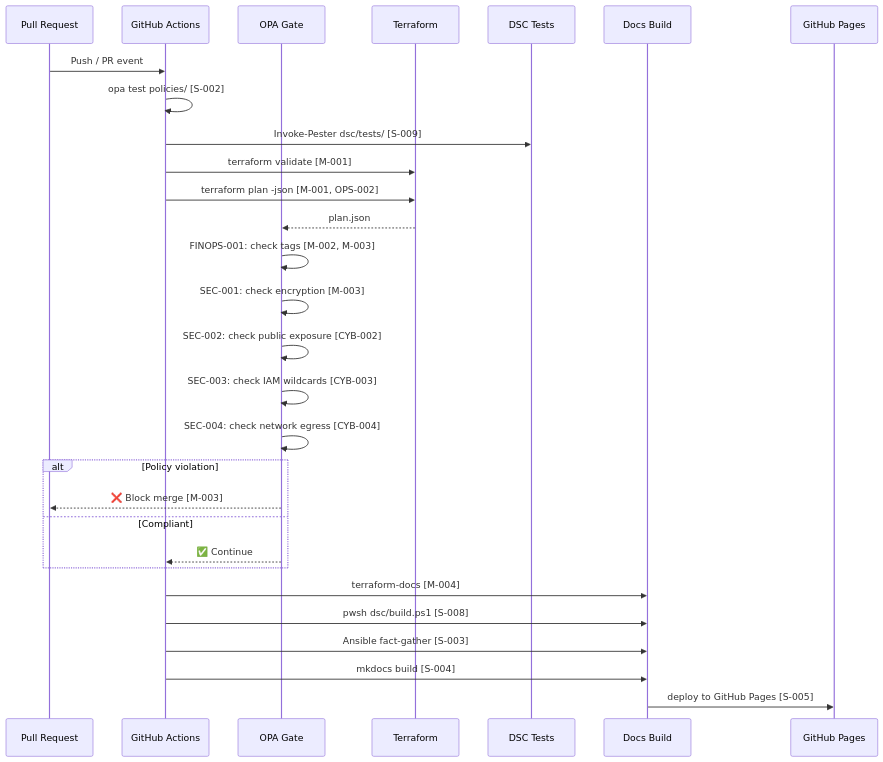
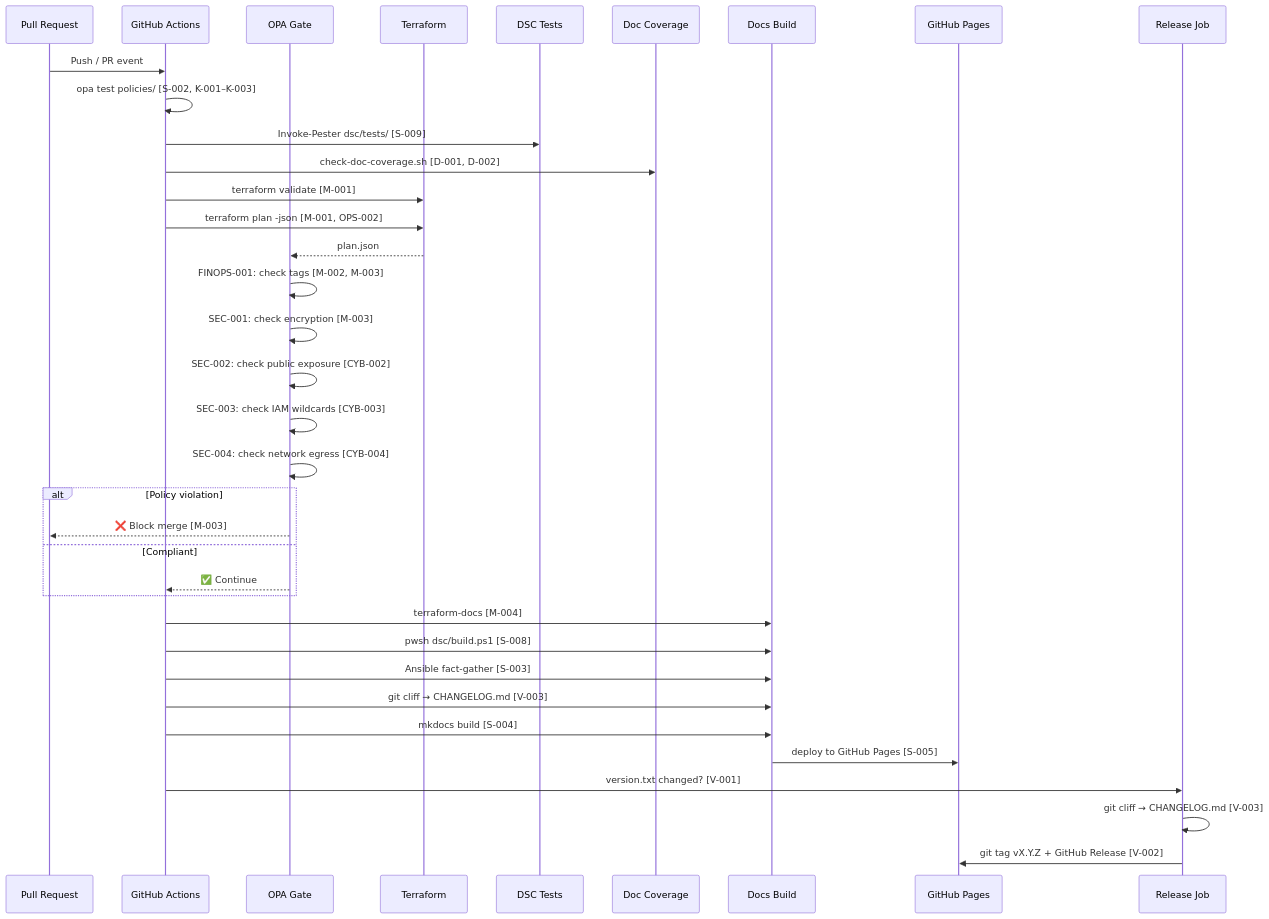
The second of 3 diagrams in example/docs/traceability/index.md (DevelApp-ai/deterministic-technical-design-specification), drawn with Mermaid before and after one commit. The commit also changed other lines of this file and 29 other files, not shown here.

````diff
--- a/example/docs/traceability/index.md
+++ b/example/docs/traceability/index.md
@@ -163,32 +214,39 @@
 ```mermaid
 sequenceDiagram
     participant PR as Pull Request
     participant CI as GitHub Actions
     participant OPA as OPA Gate
     participant TF  as Terraform
     participant DSC as DSC Tests
+    participant DOC as Doc Coverage
     participant DOCS as Docs Build
     participant GH  as GitHub Pages
+    participant REL as Release Job
 
     PR->>CI: Push / PR event
-    CI->>CI: opa test policies/ [S-002]
+    CI->>CI: opa test policies/ [S-002, K-001–K-003]
     CI->>DSC: Invoke-Pester dsc/tests/ [S-009]
+    CI->>DOC: check-doc-coverage.sh [D-001, D-002]
     CI->>TF: terraform validate [M-001]
     CI->>TF: terraform plan -json [M-001, OPS-002]
     TF-->>OPA: plan.json
     OPA->>OPA: FINOPS-001: check tags [M-002, M-003]
     OPA->>OPA: SEC-001: check encryption [M-003]
     OPA->>OPA: SEC-002: check public exposure [CYB-002]
     OPA->>OPA: SEC-003: check IAM wildcards [CYB-003]
     OPA->>OPA: SEC-004: check network egress [CYB-004]
     alt Policy violation
         OPA-->>PR: ❌ Block merge [M-003]
     else Compliant
         OPA-->>CI: ✅ Continue
     end
     CI->>DOCS: terraform-docs [M-004]
     CI->>DOCS: pwsh dsc/build.ps1 [S-008]
     CI->>DOCS: Ansible fact-gather [S-003]
+    CI->>DOCS: git cliff → CHANGELOG.md [V-003]
     CI->>DOCS: mkdocs build [S-004]
     DOCS->>GH: deploy to GitHub Pages [S-005]
+    CI->>REL: version.txt changed? [V-001]
+    REL->>REL: git cliff → CHANGELOG.md [V-003]
+    REL->>GH: git tag vX.Y.Z + GitHub Release [V-002]
 ```
````
